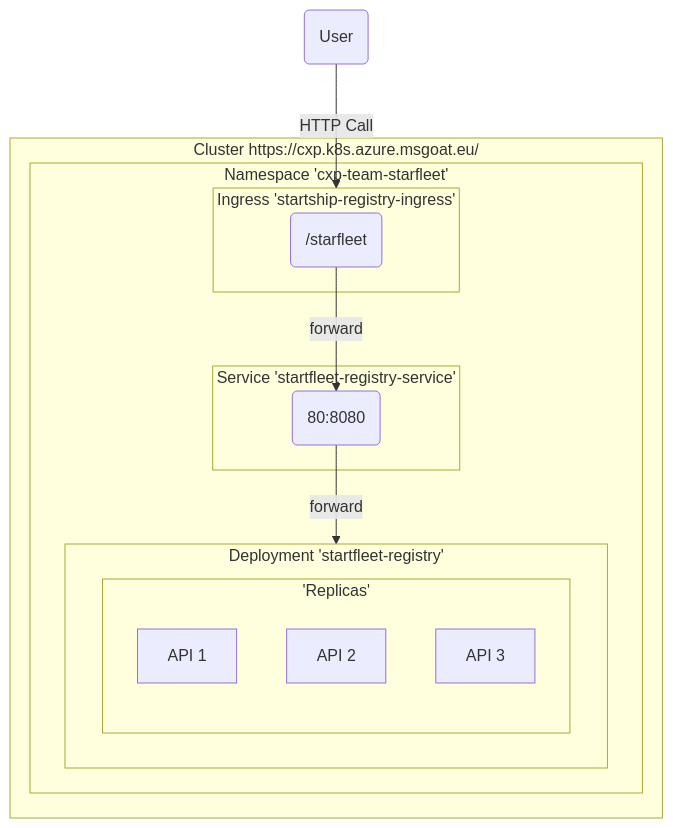
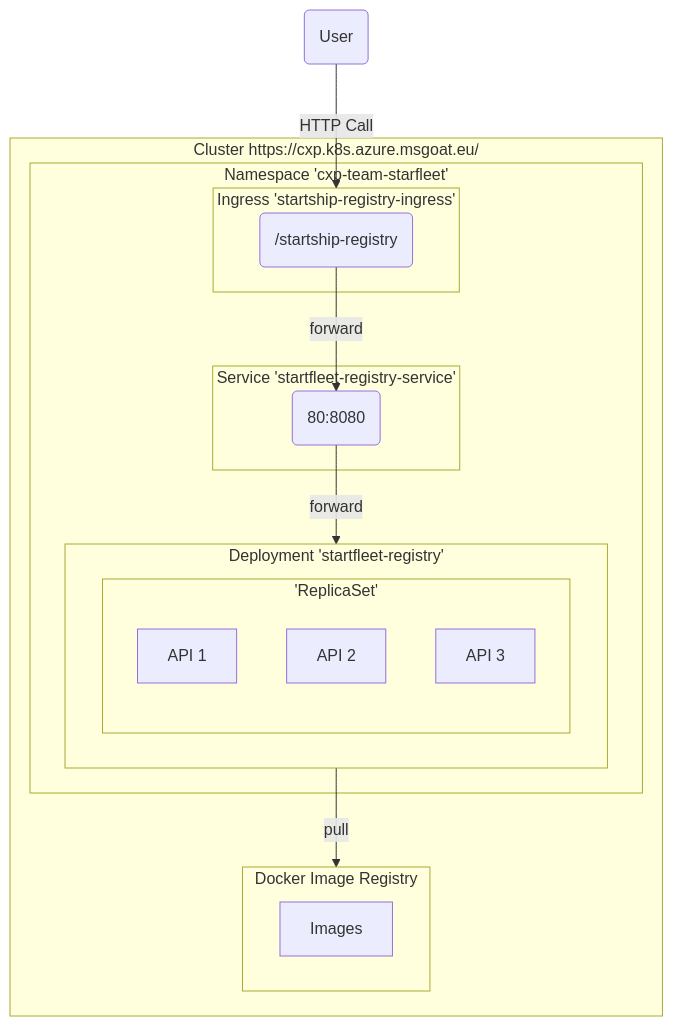
The second of 2 diagrams in README.md (riker09/cxp-homework), drawn with Mermaid before and after one commit. The commit also changed 3 other files, not shown here.

````diff
--- a/README.md
+++ b/README.md
@@ -21,44 +21,51 @@
 ```mermaid
 flowchart TB
     %% User
     user(User)
     
     %% Namespace
     subgraph namespace[Namespace 'cxp-team-starfleet']
         ingress
         service
         deployment
     end
     
     %% Cluster
     subgraph cluster["Cluster https://cxp.k8s.azure.msgoat.eu/"]
 
         namespace
         
         %% Ingress
         subgraph ingress[Ingress 'startship-registry-ingress']
-            ingresspath("/starfleet")
+            ingresspath("/startship-registry")
         end
         
         %% Service
         subgraph service[Service 'startfleet-registry-service']
             serviceapp(80:8080)
         end
         
         ingresspath -->|forward| serviceapp
         
         %% Deployment
         subgraph deployment[Deployment 'startfleet-registry']
-            subgraph replicas['Replicas']
+            subgraph replicaset['ReplicaSet']
                 replica1[API 1]
                 replica2[API 2]
                 replica3[API 3]
             end
+        
         end
         
+        subgraph registry[Docker Image Registry]
+            Images
+        end
+        
+        deployment -->|pull| registry
+
         serviceapp -->|forward| deployment
     end
     
     %% User access
     user -->|HTTP Call| ingress
 ```
````
